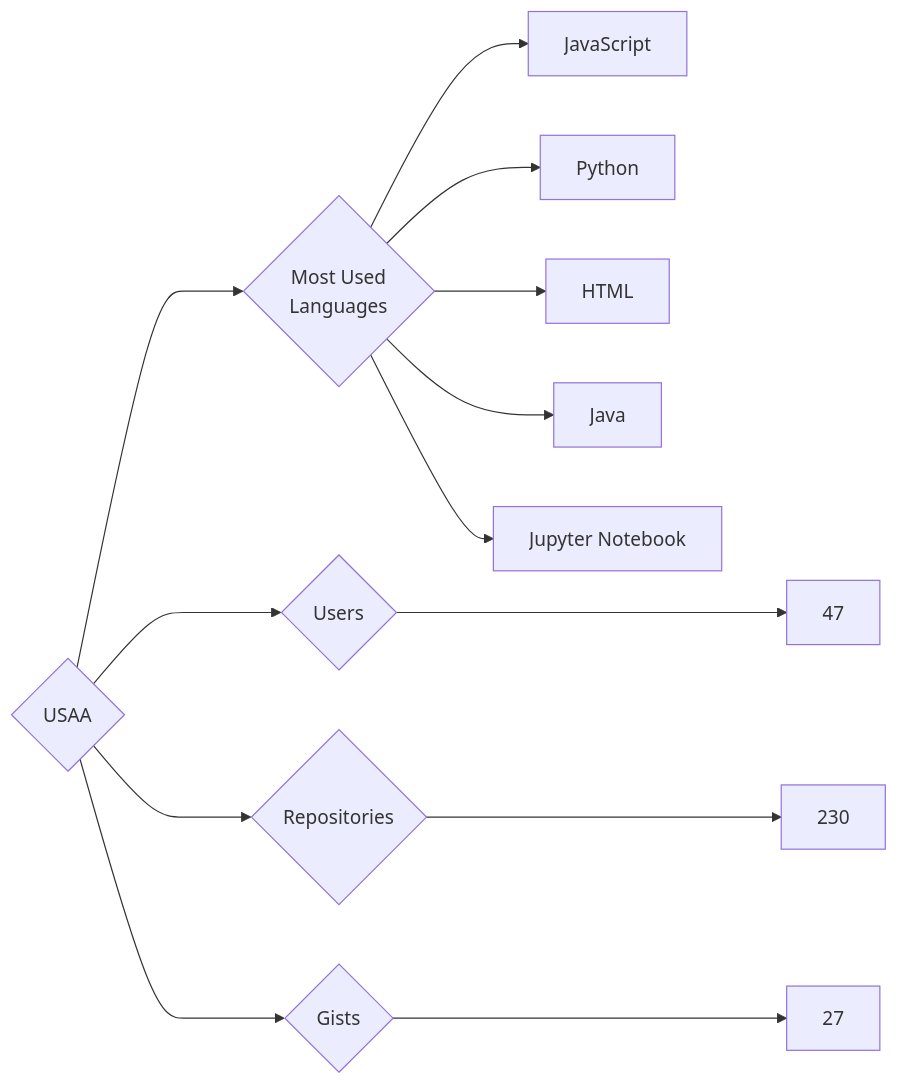
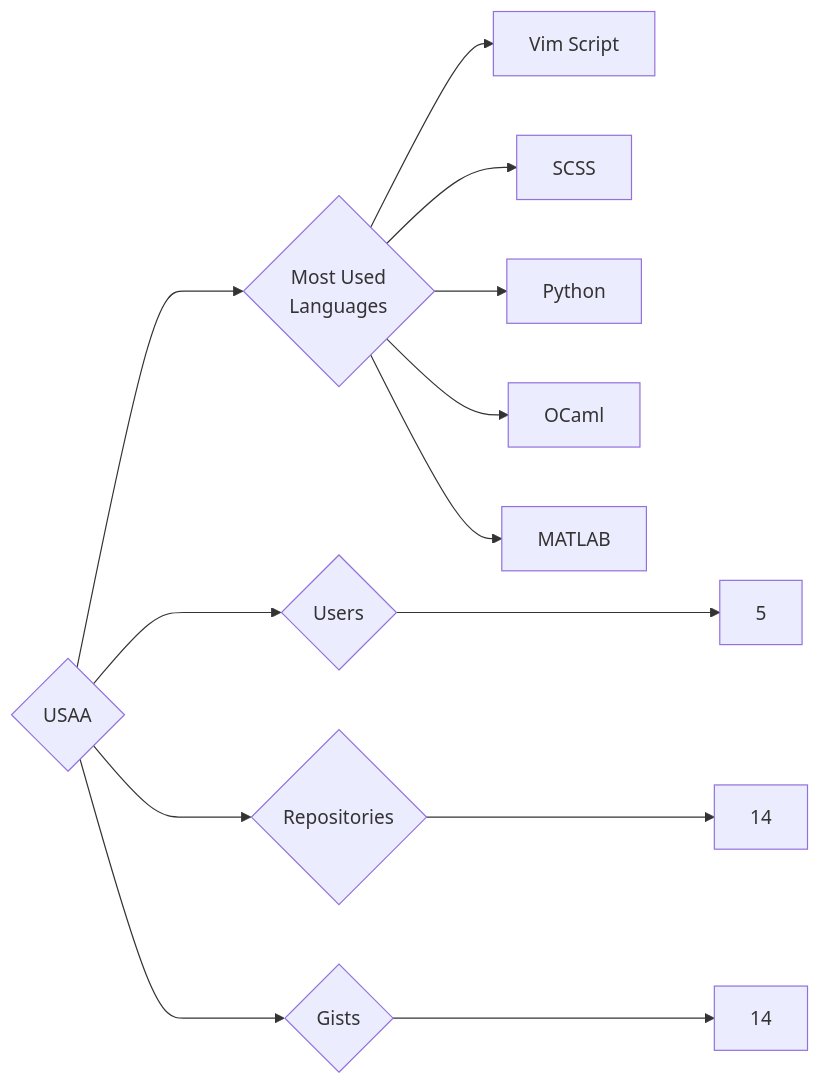
One commit to trickest/insiders changed the diagram in targets/USAA/README.md. Above: the diagram before and after it, drawn with Mermaid. The commit also changed 444 other files, not shown here.

````diff
--- a/targets/USAA/README.md
+++ b/targets/USAA/README.md
@@ -3,13 +3,13 @@
 ```mermaid
 graph LR
 COMPANY_NAME{USAA}
-COMPANY_NAME ---> U{Users} ---> UN[47]
-COMPANY_NAME ---> R{Repositories} ---> RN[230]
-COMPANY_NAME ---> G{Gists} ---> GN[27]
+COMPANY_NAME ---> U{Users} ---> UN[5]
+COMPANY_NAME ---> R{Repositories} ---> RN[14]
+COMPANY_NAME ---> G{Gists} ---> GN[14]
 COMPANY_NAME ---> ML{Most Used<br>Languages}
-ML --> JavaScript[JavaScript]
+ML --> Vim_Script[Vim Script]
+ML --> SCSS[SCSS]
 ML --> Python[Python]
-ML --> HTML[HTML]
-ML --> Java[Java]
-ML --> Jupyter_Notebook[Jupyter Notebook]
+ML --> OCaml[OCaml]
+ML --> MATLAB[MATLAB]
 ```
````
